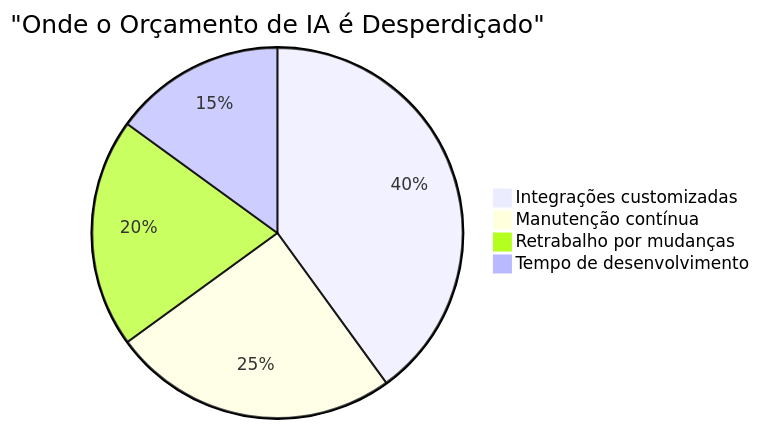
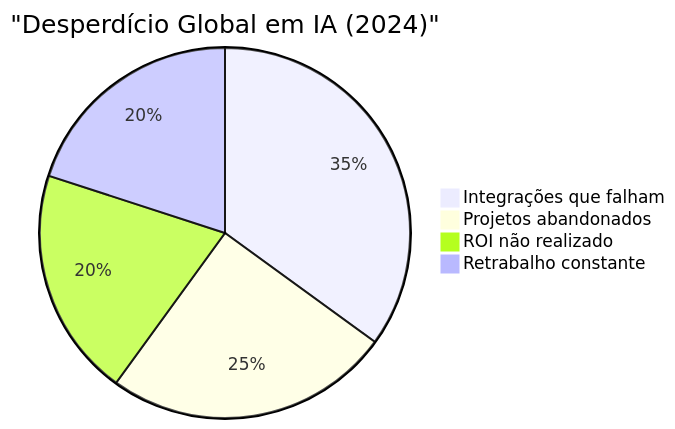
Before and after one commit to felipepimentel/my-public-notes: the second of 25 diagrams in AI/Comunicação/MCP/00-mcp-presentation-product.md, drawn with Mermaid. The commit also changed other lines of this file, not shown here.

````diff
--- a/AI/Comunicação/MCP/00-mcp-presentation-product.md
+++ b/AI/Comunicação/MCP/00-mcp-presentation-product.md
@@ -34,7 +29,7 @@
 ```mermaid
-pie title "Onde o Orçamento de IA é Desperdiçado"
-    "Integrações customizadas" : 40
-    "Manutenção contínua" : 25
-    "Retrabalho por mudanças" : 20
-    "Tempo de desenvolvimento" : 15
+pie title "Desperdício Global em IA (2024)"
+    "Integrações que falham" : 35
+    "Projetos abandonados" : 25
+    "ROI não realizado" : 20
+    "Retrabalho constante" : 20
 ```
````
